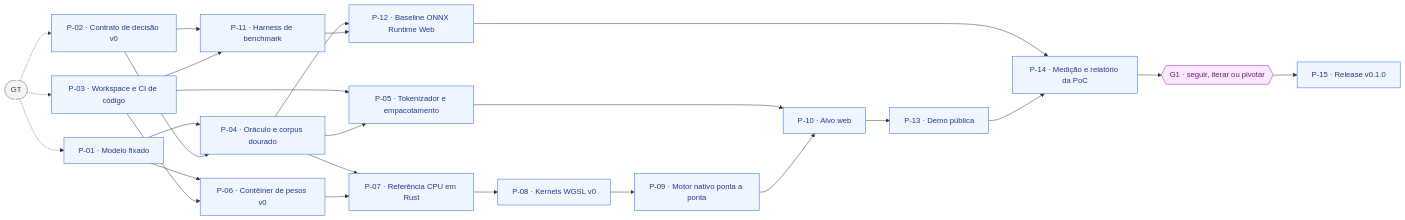
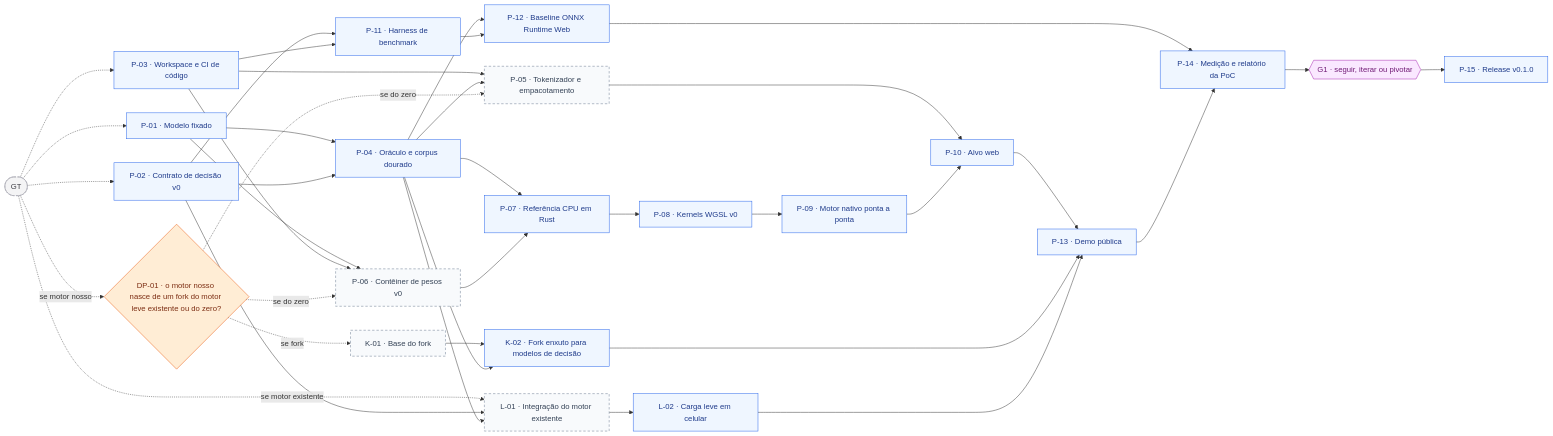
One commit to frederico-kluser/som-webcore changed the fourth of 9 diagrams in ROADMAP.md. Above: the diagram before and after it, drawn with Mermaid. The commit also changed other lines of this file and 4 other files, not shown here.

First line of the commit message:
docs(roadmap): API igual à do Chrome, bifurcações e prompts (#7)

````diff
--- a/ROADMAP.md
+++ b/ROADMAP.md
@@ -316,49 +663,69 @@
 ```mermaid
 flowchart LR
     GT(["GT"]):::ext
     P01["P-01 · Modelo fixado"]:::todo
     P02["P-02 · Contrato de decisão v0"]:::todo
     P03["P-03 · Workspace e CI de código"]:::todo
+    DP01{"DP-01 · o motor nosso nasce de um fork do motor leve existente ou do zero?"}:::fork
     P04["P-04 · Oráculo e corpus dourado"]:::todo
-    P06["P-06 · Contêiner de pesos v0"]:::todo
     P11["P-11 · Harness de benchmark"]:::todo
-    P05["P-05 · Tokenizador e empacotamento"]:::todo
+    P06["P-06 · Contêiner de pesos v0"]:::opt
+    K01["K-01 · Base do fork"]:::opt
+    P05["P-05 · Tokenizador e empacotamento"]:::opt
+    L01["L-01 · Integração do motor existente"]:::opt
+    P12["P-12 · Baseline ONNX Runtime Web"]:::todo
     P07["P-07 · Referência CPU em Rust"]:::todo
-    P12["P-12 · Baseline ONNX Runtime Web"]:::todo
+    K02["K-02 · Fork enxuto para modelos de decisão"]:::todo
+    L02["L-02 · Carga leve em celular"]:::todo
     P08["P-08 · Kernels WGSL v0"]:::todo
     P09["P-09 · Motor nativo ponta a ponta"]:::todo
     P10["P-10 · Alvo web"]:::todo
     P13["P-13 · Demo pública"]:::todo
     P14["P-14 · Medição e relatório da PoC"]:::todo
     G1{{"G1 · seguir, iterar ou pivotar"}}:::gate
     P15["P-15 · Release v0.1.0"]:::todo
     GT -.-> P01
     GT -.-> P02
     GT -.-> P03
+    GT -.->|"se motor nosso"| DP01
     P01 --> P04
     P02 --> P04
+    P02 --> P11
+    P03 --> P11
     P01 --> P06
     P03 --> P06
-    P02 --> P11
-    P03 --> P11
+    DP01 -.->|"se do zero"| P06
+    DP01 -.->|"se fork"| K01
     P03 --> P05
     P04 --> P05
+    DP01 -.->|"se do zero"| P05
+    GT -.->|"se motor existente"| L01
+    P02 --> L01
+    P04 --> L01
+    P04 --> P12
+    P11 --> P12
     P04 --> P07
     P06 --> P07
-    P04 --> P12
-    P11 --> P12
+    K01 --> K02
+    P04 --> K02
+    L01 --> L02
     P07 --> P08
     P08 --> P09
     P05 --> P10
     P09 --> P10
     P10 --> P13
+    K02 --> P13
+    L02 --> P13
     P12 --> P14
     P13 --> P14
     P14 --> G1
     G1 --> P15
     classDef done fill:#dcfce7,stroke:#16a34a,color:#14532d;
     classDef doing fill:#fef9c3,stroke:#ca8a04,color:#713f12;
     classDef todo fill:#eff6ff,stroke:#2563eb,color:#1e3a8a;
     classDef gate fill:#fae8ff,stroke:#a21caf,color:#701a75;
+    classDef fork fill:#ffedd5,stroke:#ea580c,color:#7c2d12;
+    classDef opt fill:#f8fafc,stroke:#64748b,color:#334155,stroke-dasharray: 5 4;
+    classDef off fill:#f4f4f5,stroke:#d4d4d8,color:#a1a1aa;
     classDef ext fill:#f4f4f5,stroke:#a1a1aa,color:#3f3f46,stroke-dasharray: 4 3;
 ```
````
